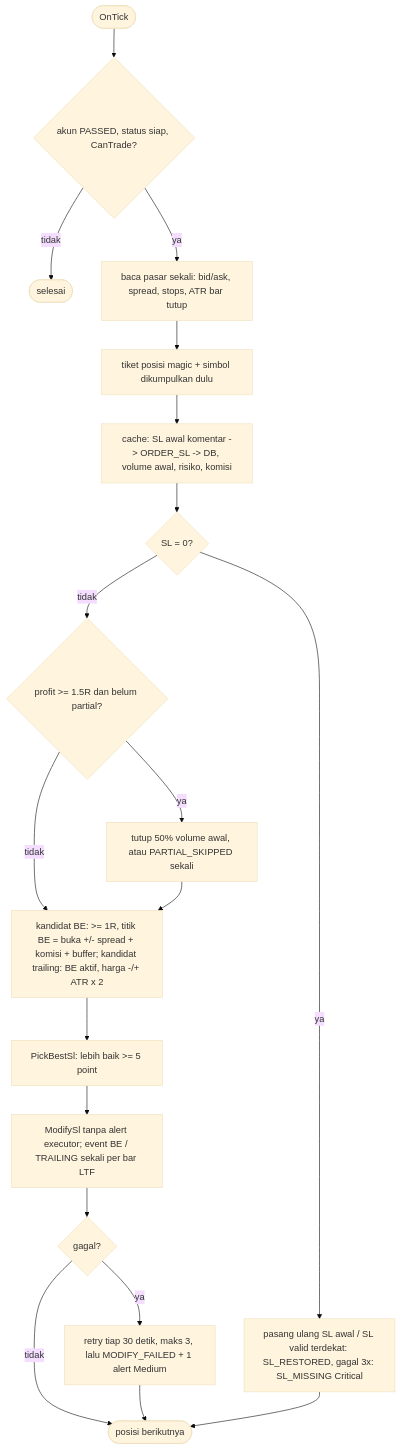
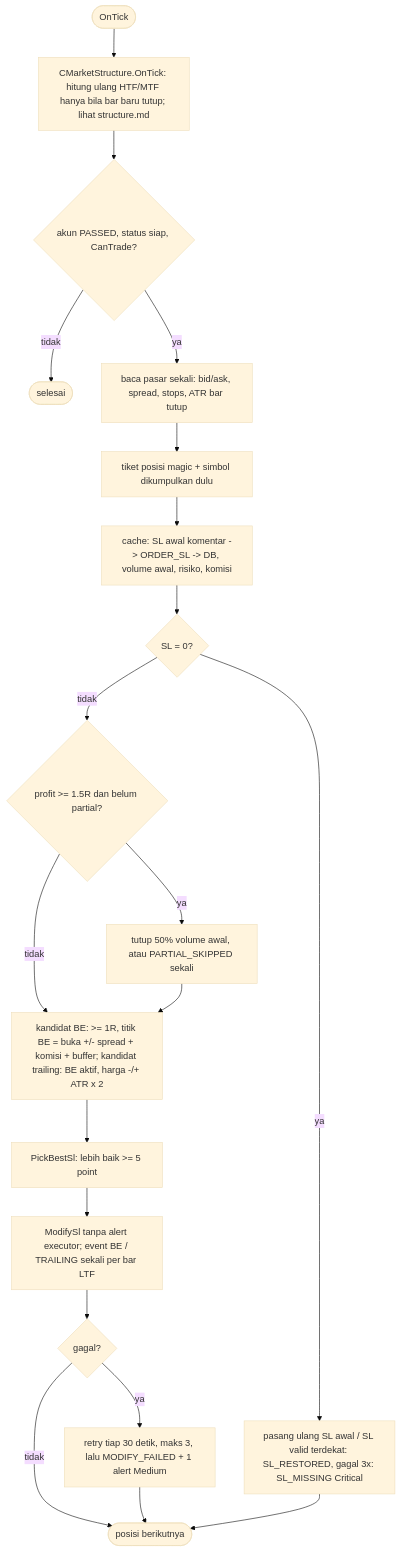
Before and after one commit to ndra969/trading-bot: the diagram in sdbot/docs/flows/tick.md, drawn with Mermaid (base theme). The commit also changed other lines of this file and 46 other files, not shown here.

````diff
--- a/sdbot/docs/flows/tick.md
+++ b/sdbot/docs/flows/tick.md
@@ -3,21 +3,22 @@
 ```mermaid
 flowchart TB
-    T([OnTick]) --> G{akun PASSED, status siap, CanTrade?}
+    T([OnTick]) --> AN[CMarketStructure.OnTick: hitung ulang HTF/MTF hanya bila bar baru tutup; lihat structure.md]
+    AN --> G{akun PASSED, status siap, CanTrade?}
     G -->|tidak| Z([selesai])
     G -->|ya| M[baca pasar sekali: bid/ask, spread, stops, ATR bar tutup]
     M --> L[tiket posisi magic + simbol dikumpulkan dulu]
     L --> C[cache: SL awal komentar -> ORDER_SL -> DB, volume awal, risiko, komisi]
     C --> S0{SL = 0?}
     S0 -->|ya| RS[pasang ulang SL awal / SL valid terdekat: SL_RESTORED, gagal 3x: SL_MISSING Critical]
     S0 -->|tidak| P{profit >= 1.5R dan belum partial?}
     P -->|ya| PC[tutup 50% volume awal, atau PARTIAL_SKIPPED sekali]
     P -->|tidak| SL
     PC --> SL[kandidat BE: >= 1R, titik BE = buka +/- spread + komisi + buffer; kandidat trailing: BE aktif, harga -/+ ATR x 2]
     SL --> B[PickBestSl: lebih baik >= 5 point]
     B --> MO[ModifySl tanpa alert executor; event BE / TRAILING sekali per bar LTF]
     MO --> F{gagal?}
     F -->|ya| RT[retry tiap 30 detik, maks 3, lalu MODIFY_FAILED + 1 alert Medium]
     F -->|tidak| N([posisi berikutnya])
     RT --> N
     RS --> N
 ```
````
